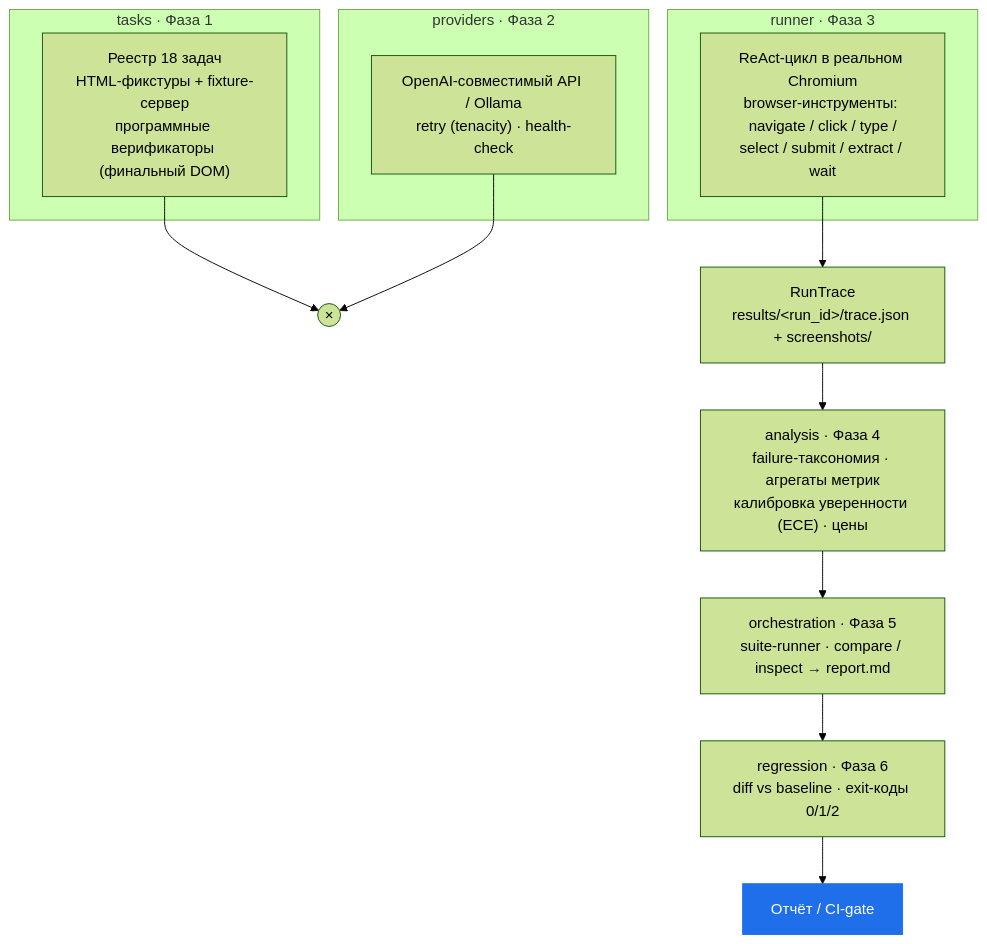
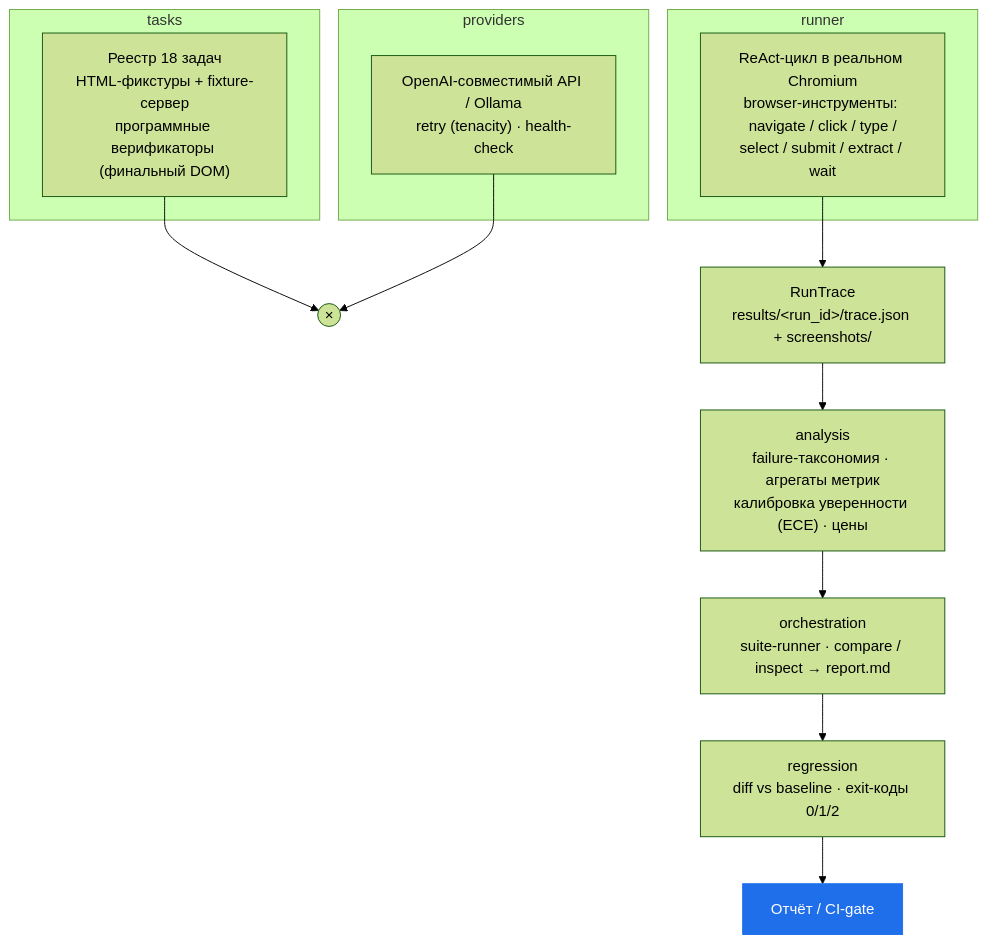
One commit to Ilyat9/Agentalyze changed the diagram in README.md. Above: the diagram before and after it, drawn with Mermaid (forest theme). The commit also changed other lines of this file and 5 other files, not shown here.

First line of the commit message:
docs: relocate ROADMAP/KNOWN_LIMITATIONS into docs/, add TOC, drop phase-numbered narrative

````diff
--- a/README.md
+++ b/README.md
@@ -67,20 +88,20 @@
 ```mermaid
 flowchart TB
-    subgraph PH1["tasks · Фаза 1"]
+    subgraph PH1["tasks"]
         T["Реестр 18 задач<br/>HTML-фикстуры + fixture-сервер<br/>программные верификаторы (финальный DOM)"]
     end
-    subgraph PH2["providers · Фаза 2"]
+    subgraph PH2["providers"]
         P["OpenAI-совместимый API / Ollama<br/>retry (tenacity) · health-check"]
     end
-    subgraph PH3["runner · Фаза 3"]
+    subgraph PH3["runner"]
         R["ReAct-цикл в реальном Chromium<br/>browser-инструменты: navigate / click / type /<br/>select / submit / extract / wait"]
     end
     T --> RUN(("×"))
     P --> RUN
     R --> TRACE["RunTrace<br/>results/&lt;run_id&gt;/trace.json + screenshots/"]
-    TRACE --> PH4["analysis · Фаза 4<br/>failure-таксономия · агрегаты метрик<br/>калибровка уверенности (ECE) · цены"]
-    PH4 --> PH5["orchestration · Фаза 5<br/>suite-runner · compare / inspect → report.md"]
-    PH5 --> PH6["regression · Фаза 6<br/>diff vs baseline · exit-коды 0/1/2"]
+    TRACE --> PH4["analysis<br/>failure-таксономия · агрегаты метрик<br/>калибровка уверенности (ECE) · цены"]
+    PH4 --> PH5["orchestration<br/>suite-runner · compare / inspect → report.md"]
+    PH5 --> PH6["regression<br/>diff vs baseline · exit-коды 0/1/2"]
     PH6 --> OUT["Отчёт / CI-gate"]
     style OUT fill:#1f6feb,stroke:#1f6feb,color:#ffffff
 ```
````
